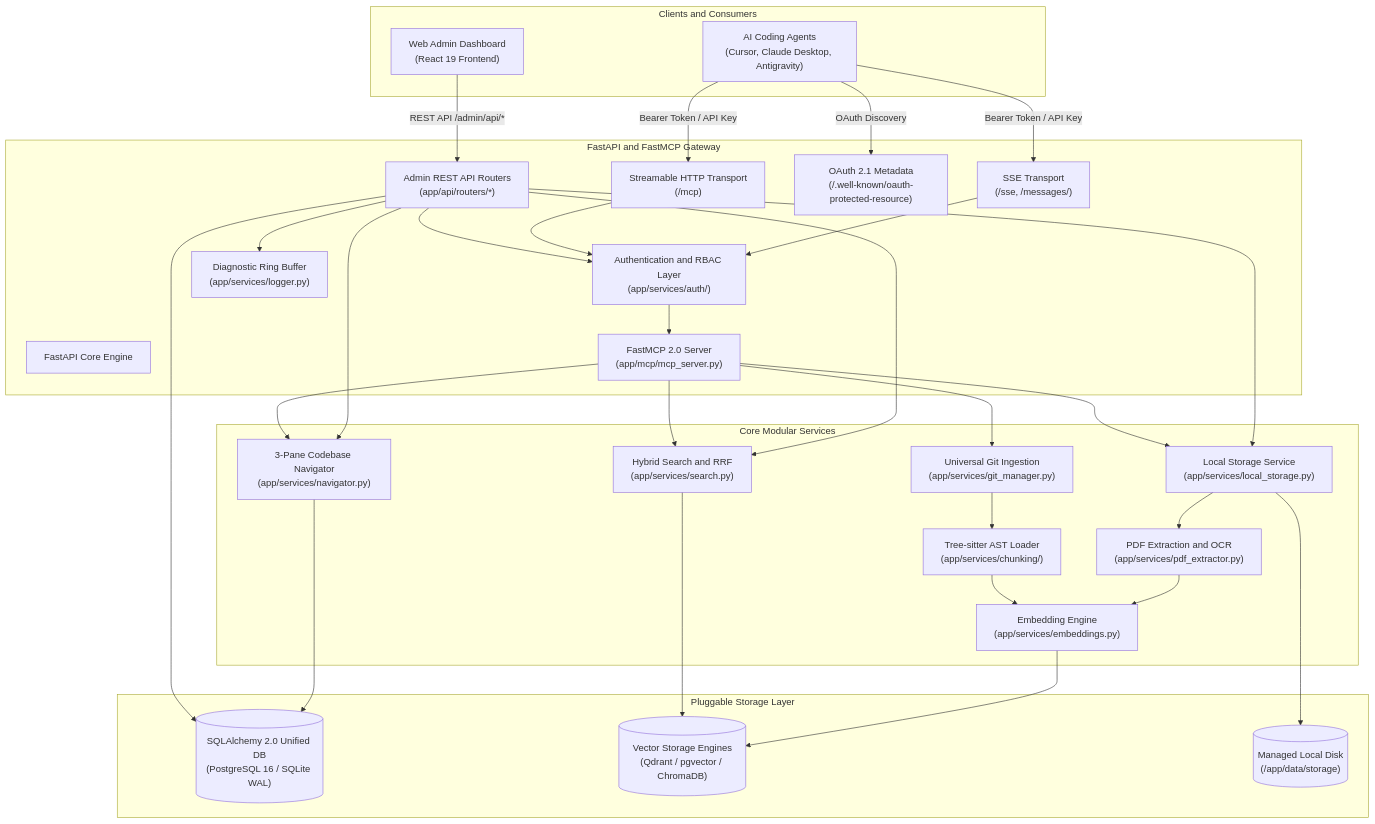
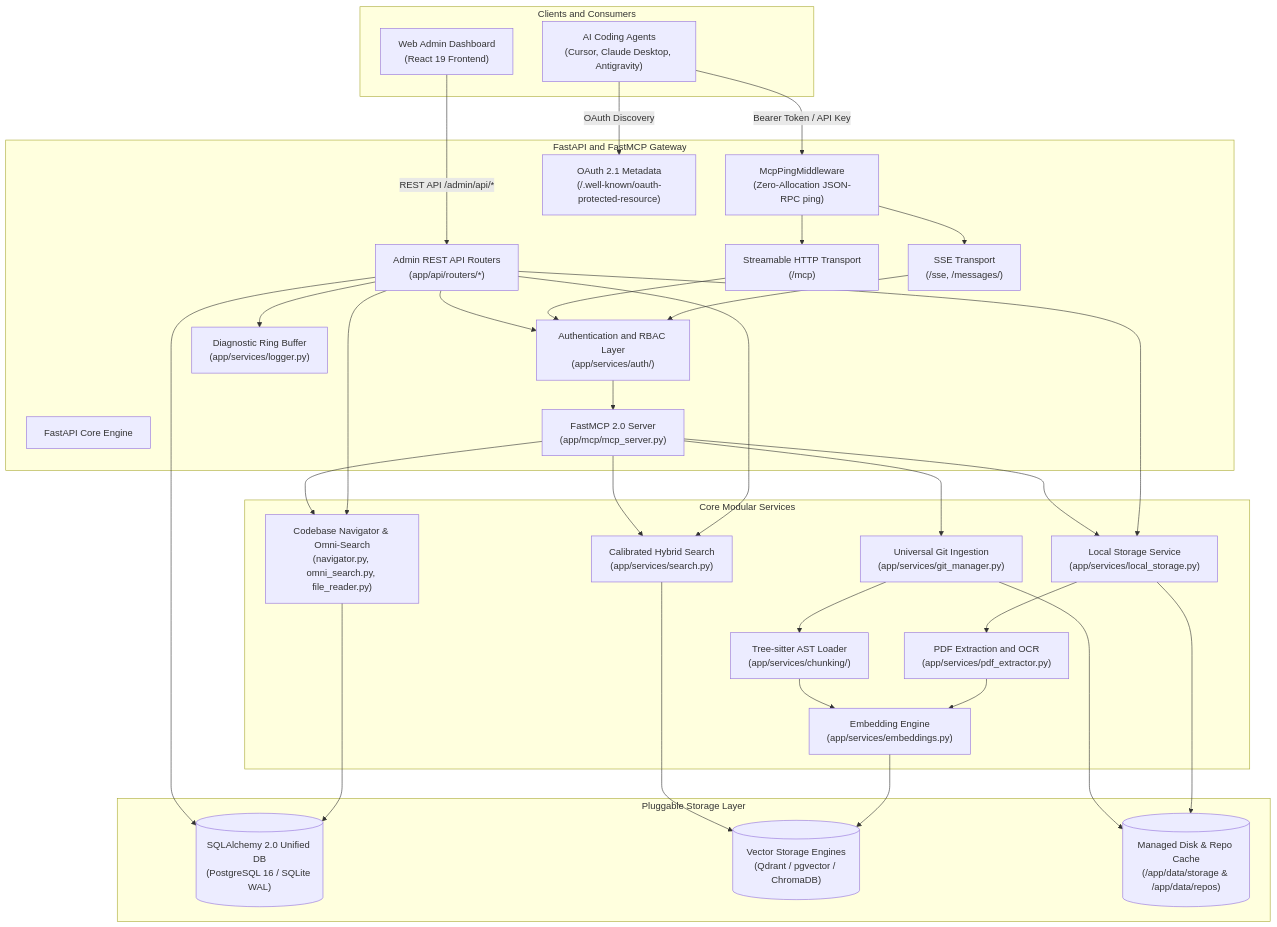
Before and after one commit to spelech/contextcortex: the diagram in docs/architecture/system-design.md, drawn with Mermaid. The commit also changed other lines of this file and 31 other files, not shown here.

Commit message:
docs: overhaul VitePress navigation, v2.18.0 features, Mermaid sizing, and LaTeX formatting

````diff
--- a/docs/architecture/system-design.md
+++ b/docs/architecture/system-design.md
@@ -9,65 +11,68 @@
 ```mermaid
 flowchart TD
     subgraph Clients["Clients and Consumers"]
-        Claude["AI Coding Agents\n(Cursor, Claude Desktop, Antigravity)"]
-        Browser["Web Admin Dashboard\n(React 19 Frontend)"]
+        Claude["AI Coding Agents<br/>(Cursor, Claude Desktop, Antigravity)"]
+        Browser["Web Admin Dashboard<br/>(React 19 Frontend)"]
     end
 
     subgraph Gateway["FastAPI and FastMCP Gateway"]
         FastAPI["FastAPI Core Engine"]
-        AuthLayer["Authentication and RBAC Layer\n(app/services/auth/)"]
-        FastMCP["FastMCP 2.0 Server\n(app/mcp/mcp_server.py)"]
-        SSE["SSE Transport\n(/sse, /messages/)"]
-        HTTP["Streamable HTTP Transport\n(/mcp)"]
-        RFC9728["OAuth 2.1 Metadata\n(/.well-known/oauth-protected-resource)"]
-        AdminAPI["Admin REST API Routers\n(app/api/routers/*)"]
-        LogBuffer["Diagnostic Ring Buffer\n(app/services/logger.py)"]
+        PingMW["McpPingMiddleware<br/>(Zero-Allocation JSON-RPC ping)"]
+        AuthLayer["Authentication and RBAC Layer<br/>(app/services/auth/)"]
+        FastMCP["FastMCP 2.0 Server<br/>(app/mcp/mcp_server.py)"]
+        SSE["SSE Transport<br/>(/sse, /messages/)"]
+        HTTP["Streamable HTTP Transport<br/>(/mcp)"]
+        RFC9728["OAuth 2.1 Metadata<br/>(/.well-known/oauth-protected-resource)"]
+        AdminAPI["Admin REST API Routers<br/>(app/api/routers/*)"]
+        LogBuffer["Diagnostic Ring Buffer<br/>(app/services/logger.py)"]
     end
 
     subgraph CoreServices["Core Modular Services"]
-        GitMgr["Universal Git Ingestion\n(app/services/git_manager.py)"]
-        TSLoader["Tree-sitter AST Loader\n(app/services/chunking/)"]
-        EmbeddingSrv["Embedding Engine\n(app/services/embeddings.py)"]
-        SearchSrv["Hybrid Search and RRF\n(app/services/search.py)"]
-        NavigatorSrv["3-Pane Codebase Navigator\n(app/services/navigator.py)"]
-        StorageSrv["Local Storage Service\n(app/services/local_storage.py)"]
-        PdfExtractor["PDF Extraction and OCR\n(app/services/pdf_extractor.py)"]
+        GitMgr["Universal Git Ingestion<br/>(app/services/git_manager.py)"]
+        TSLoader["Tree-sitter AST Loader<br/>(app/services/chunking/)"]
+        EmbeddingSrv["Embedding Engine<br/>(app/services/embeddings.py)"]
+        SearchSrv["Calibrated Hybrid Search<br/>(app/services/search.py)"]
+        NavigatorSrv["Codebase Navigator & Omni-Search<br/>(navigator.py, omni_search.py, file_reader.py)"]
+        StorageSrv["Local Storage Service<br/>(app/services/local_storage.py)"]
+        PdfExtractor["PDF Extraction and OCR<br/>(app/services/pdf_extractor.py)"]
     end
 
     subgraph StorageLayer["Pluggable Storage Layer"]
-        RelationalDB[("SQLAlchemy 2.0 Unified DB\n(PostgreSQL 16 / SQLite WAL)")]
-        VectorDB[("Vector Storage Engines\n(Qdrant / pgvector / ChromaDB)")]
-        ManagedDisk[("Managed Local Disk\n(/app/data/storage)")]
+        RelationalDB[("SQLAlchemy 2.0 Unified DB<br/>(PostgreSQL 16 / SQLite WAL)")]
+        VectorDB[("Vector Storage Engines<br/>(Qdrant / pgvector / ChromaDB)")]
+        ManagedDisk[("Managed Disk & Repo Cache<br/>(/app/data/storage & /app/data/repos)")]
     end
 
-    Claude -->|Bearer Token / API Key| SSE
-    Claude -->|Bearer Token / API Key| HTTP
+    Claude -->|Bearer Token / API Key| PingMW
+    PingMW --> SSE
+    PingMW --> HTTP
     Claude -->|OAuth Discovery| RFC9728
 
     SSE --> AuthLayer
     HTTP --> AuthLayer
     AuthLayer --> FastMCP
 
     Browser -->|REST API /admin/api/*| AdminAPI
     AdminAPI --> AuthLayer
     AdminAPI --> NavigatorSrv
     AdminAPI --> SearchSrv
     AdminAPI --> StorageSrv
     AdminAPI --> LogBuffer
 
     FastMCP --> SearchSrv
     FastMCP --> NavigatorSrv
     FastMCP --> GitMgr
     FastMCP --> StorageSrv
 
     GitMgr --> TSLoader
     StorageSrv --> PdfExtractor
     PdfExtractor --> EmbeddingSrv
     TSLoader --> EmbeddingSrv
 
     EmbeddingSrv --> VectorDB
     SearchSrv --> VectorDB
     NavigatorSrv --> RelationalDB
     AdminAPI --> RelationalDB
     StorageSrv --> ManagedDisk
+    GitMgr --> ManagedDisk
 ```
````
